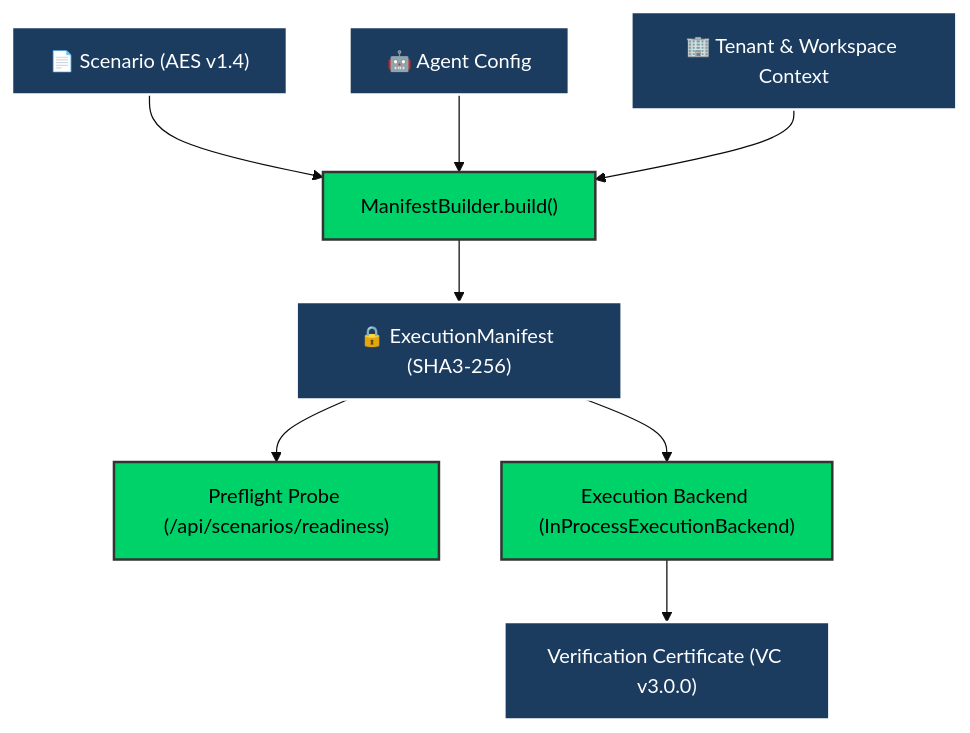
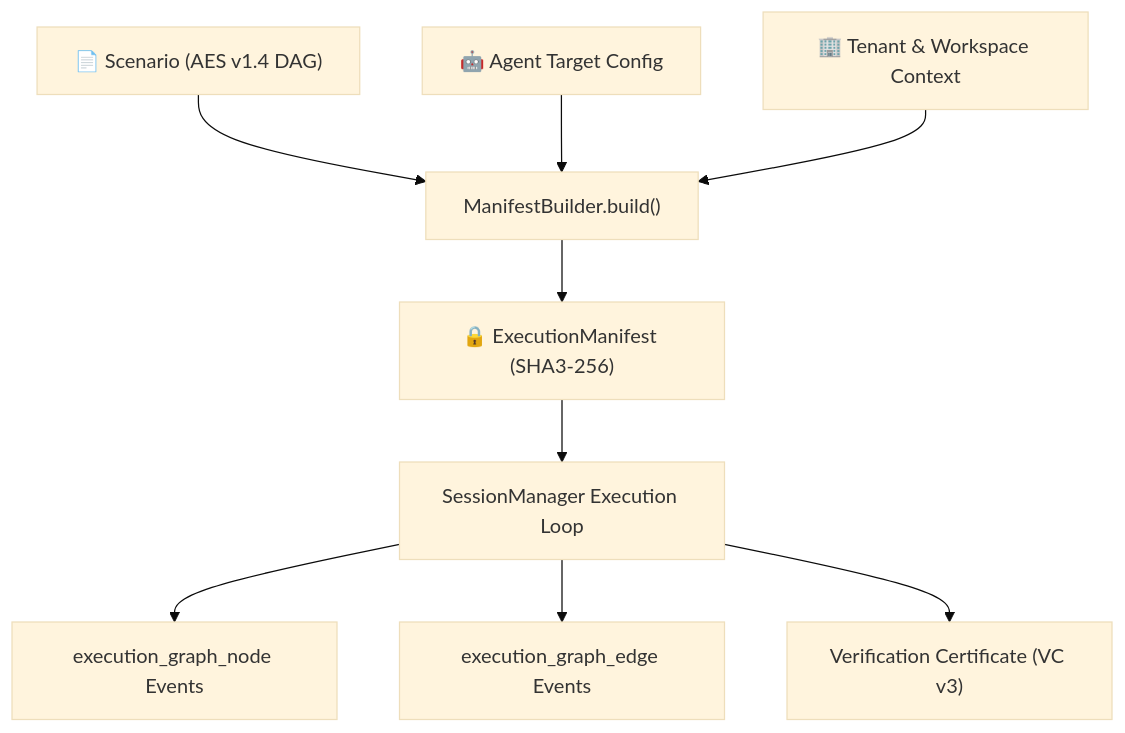
One commit to najeed/ai-agent-eval-harness changed the diagram in docs/src/content/docs/spec/execution_manifest.md. Above: the diagram before and after it, drawn with Mermaid (base theme). The commit also changed other lines of this file and 107 other files, not shown here.

````diff
--- a/docs/src/content/docs/spec/execution_manifest.md
+++ b/docs/src/content/docs/spec/execution_manifest.md
@@ -10,24 +8,23 @@
 ```mermaid
 graph TD
-    classDef contract fill:#1B3B5F,stroke:#fff,stroke-width:2px,color:#fff;
-    classDef phase fill:#00d26a,stroke:#333,stroke-width:2px,color:#000;
+    AES["📄 Scenario (AES v1.4 DAG)"]
+    AgentCfg["🤖 Agent Target Config"]
+    Tenant["🏢 Tenant & Workspace Context"]
+
+    Builder["ManifestBuilder.build()"]
+    Manifest["🔒 ExecutionManifest (SHA3-256)"]
     
-    AES["📄 Scenario (AES v1.4)"]:::contract
-    AgentCfg["🤖 Agent Config"]:::contract
-    Tenant["🏢 Tenant & Workspace Context"]:::contract
-
-    Builder["ManifestBuilder.build()"]:::phase
-    Manifest["🔒 ExecutionManifest (SHA3-256)"]:::contract
-    
-    Preflight["Preflight Probe (/api/scenarios/readiness)"]:::phase
-    Exec["Execution Backend (InProcessExecutionBackend)"]:::phase
-    Cert["Verification Certificate (VC v3.0.0)"]:::contract
+    Exec["SessionManager Execution Loop"]
+    GraphNodes["execution_graph_node Events"]
+    GraphEdges["execution_graph_edge Events"]
+    Cert["Verification Certificate (VC v3)"]
 
     AES --> Builder
     AgentCfg --> Builder
     Tenant --> Builder
     Builder --> Manifest
-    Manifest --> Preflight
     Manifest --> Exec
+    Exec --> GraphNodes
+    Exec --> GraphEdges
     Exec --> Cert
 ```
````
